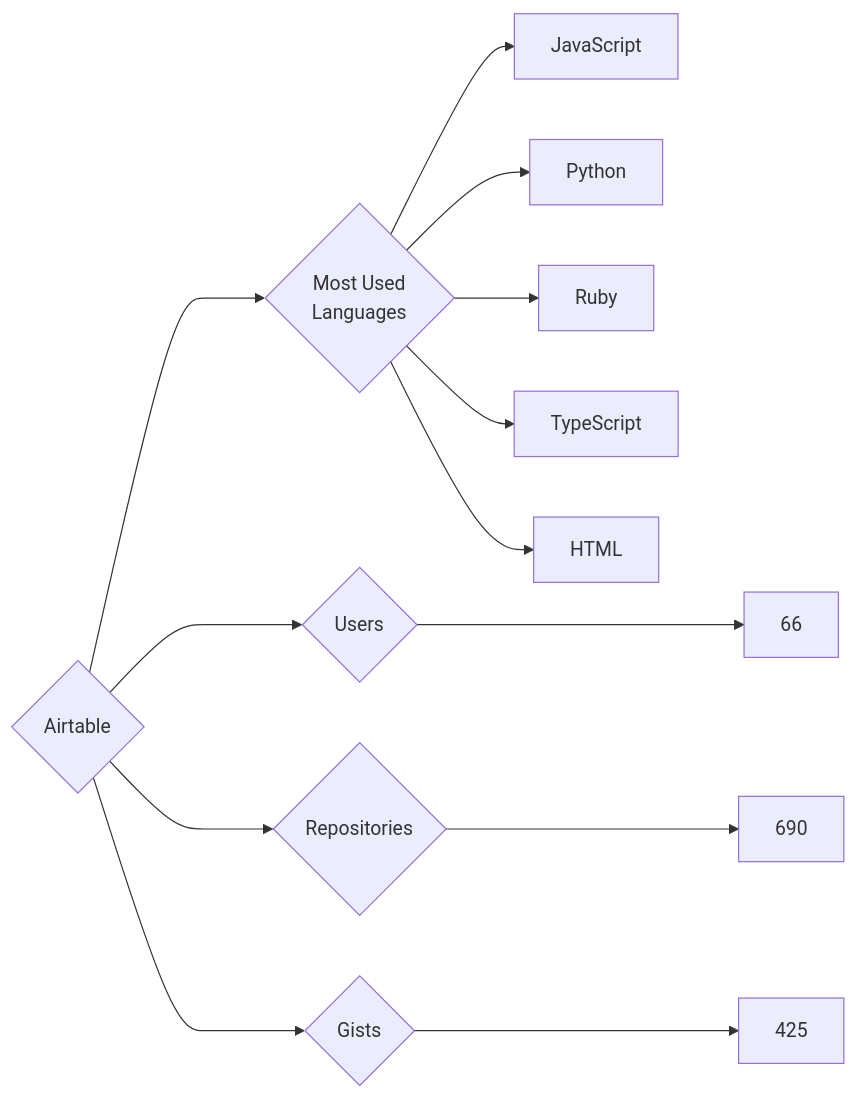
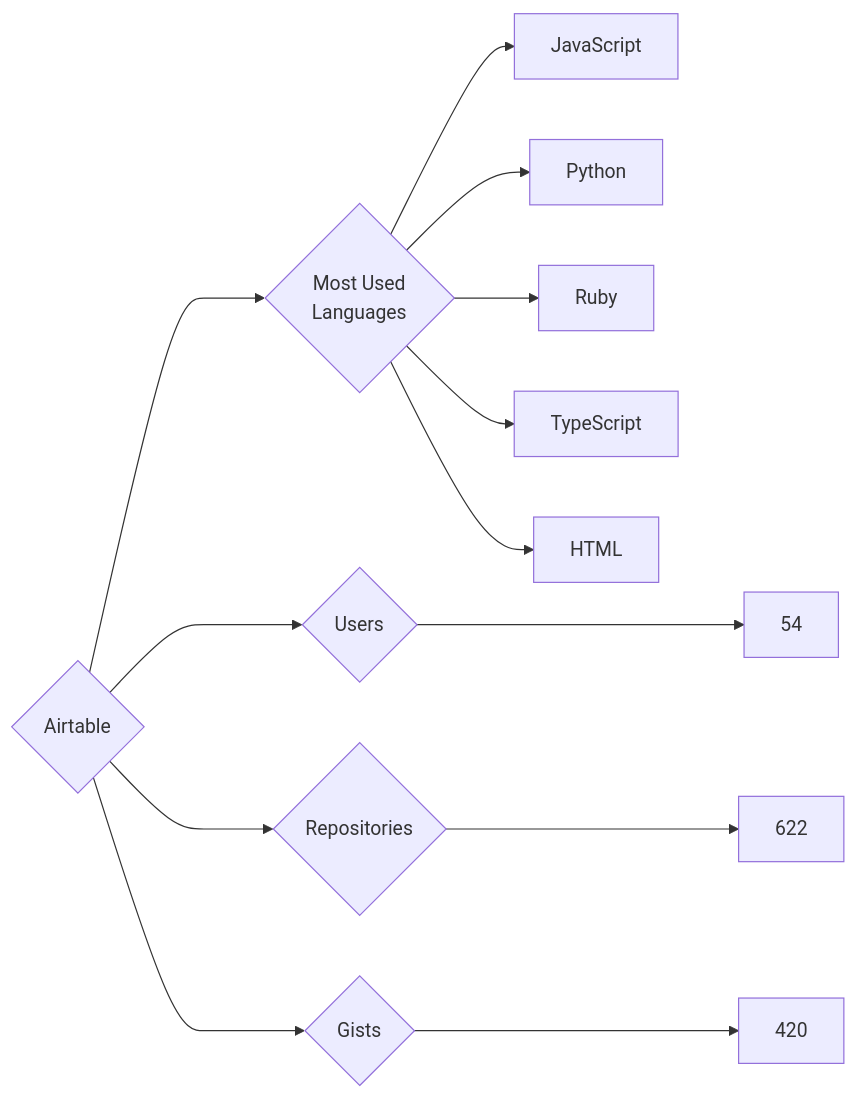
One commit to trickest/insiders changed the diagram in targets/Airtable/README.md. Above: the diagram before and after it, drawn with Mermaid. The commit also changed 622 other files, not shown here.

````diff
--- a/targets/Airtable/README.md
+++ b/targets/Airtable/README.md
@@ -3,13 +3,13 @@
 ```mermaid
 graph LR
 COMPANY_NAME{Airtable}
-COMPANY_NAME ---> U{Users} ---> UN[66]
-COMPANY_NAME ---> R{Repositories} ---> RN[690]
-COMPANY_NAME ---> G{Gists} ---> GN[425]
+COMPANY_NAME ---> U{Users} ---> UN[54]
+COMPANY_NAME ---> R{Repositories} ---> RN[622]
+COMPANY_NAME ---> G{Gists} ---> GN[420]
 COMPANY_NAME ---> ML{Most Used<br>Languages}
 ML --> JavaScript[JavaScript]
 ML --> Python[Python]
 ML --> Ruby[Ruby]
 ML --> TypeScript[TypeScript]
 ML --> HTML[HTML]
 ```
````
